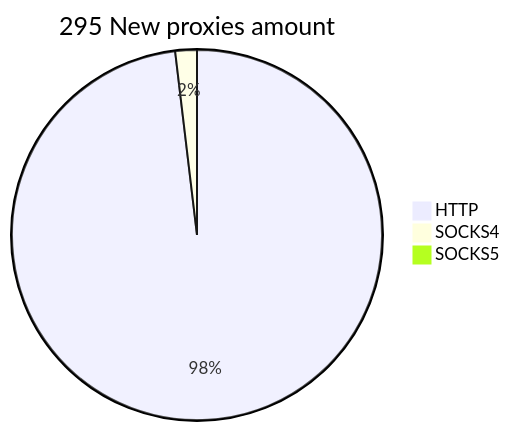
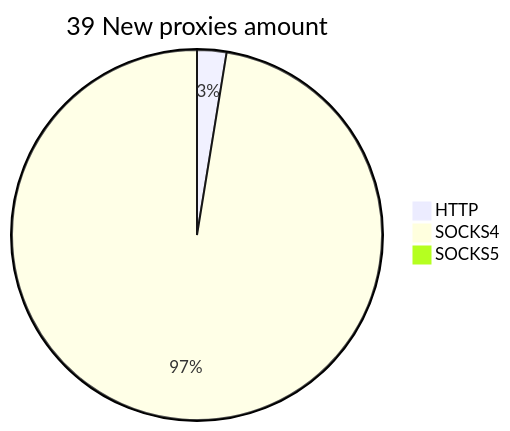
Before and after one commit to cutipu/proxylist: the second of 2 diagrams in README.md, drawn with Mermaid. The commit also changed other lines of this file, not shown here.

````diff
--- a/README.md
+++ b/README.md
@@ -10,6 +10,6 @@
 ```mermaid
-pie title 295 New proxies amount
-    "HTTP" : 312
-    "SOCKS4" : 6
+pie title 39 New proxies amount
+    "HTTP" : 1
+    "SOCKS4" : 38
     "SOCKS5" : 0
 ```
````
